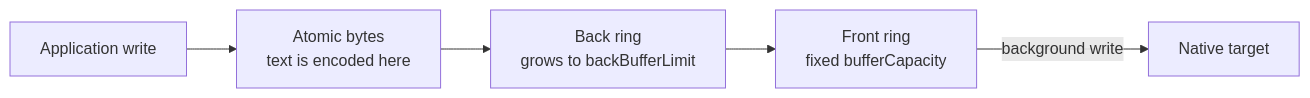
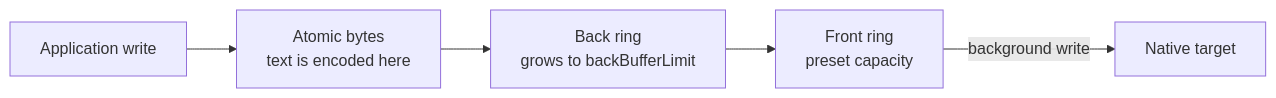
The second of 2 diagrams in doc/topics/stream/buffering_and_back_pressure.rst (erbsland-dev/erbsland-core), drawn with Mermaid before and after one commit. The commit also changed other lines of this file and 1622 other files, not shown here.

```diff
--- a/doc/topics/stream/buffering_and_back_pressure.rst
+++ b/doc/topics/stream/buffering_and_back_pressure.rst
@@ -84,7 +134,7 @@
 .. mermaid::
 
     flowchart LR
         app["Application write"] --> request["Atomic bytes<br/>text is encoded here"]
         request --> back["Back ring<br/>grows to backBufferLimit"]
-        back --> front["Front ring<br/>fixed bufferCapacity"]
+        back --> front["Front ring<br/>preset capacity"]
         front -->|"background write"| target["Native target"]
```
